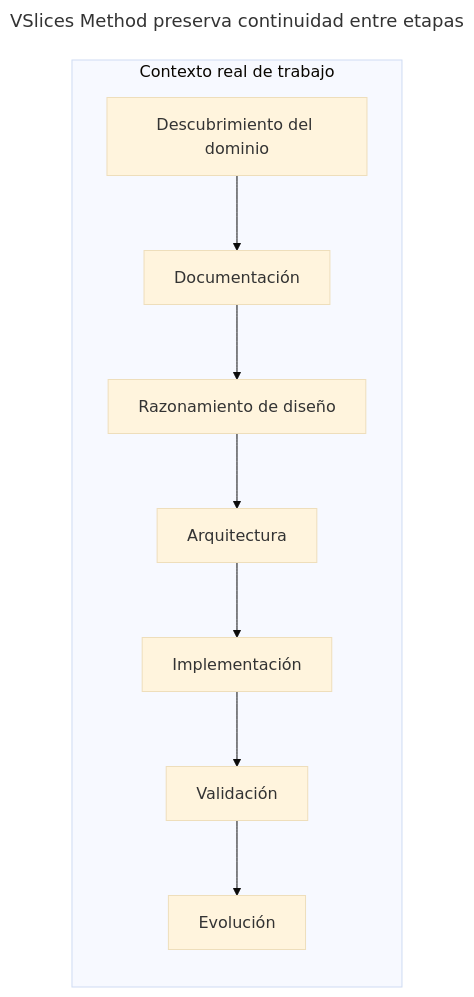
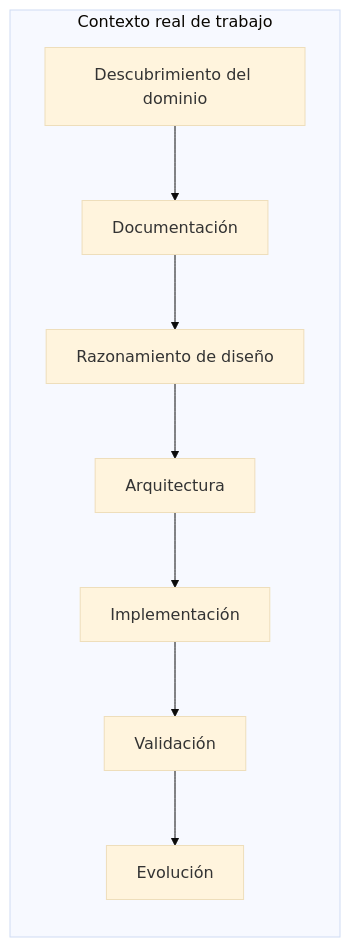
One commit to vslices/docs changed the diagram in docs/es/products/method/index.md. Above: the diagram before and after it, drawn with Mermaid (base theme). The commit also changed other lines of this file and 36 other files, not shown here.

````diff
--- a/docs/es/products/method/index.md
+++ b/docs/es/products/method/index.md
@@ -5,20 +7,17 @@
 ```mermaid
----
-title: VSlices Method preserva continuidad entre etapas
----
 flowchart LR
   subgraph RW[Contexto real de trabajo]
     direction TB
 
     A[Descubrimiento del dominio]
     B[Documentación]
     C[Razonamiento de diseño]
     D[Arquitectura]
     E[Implementación]
     F[Validación]
     G[Evolución]
 
     A --> B --> C --> D --> E --> F --> G
 
   end
 ```
````
